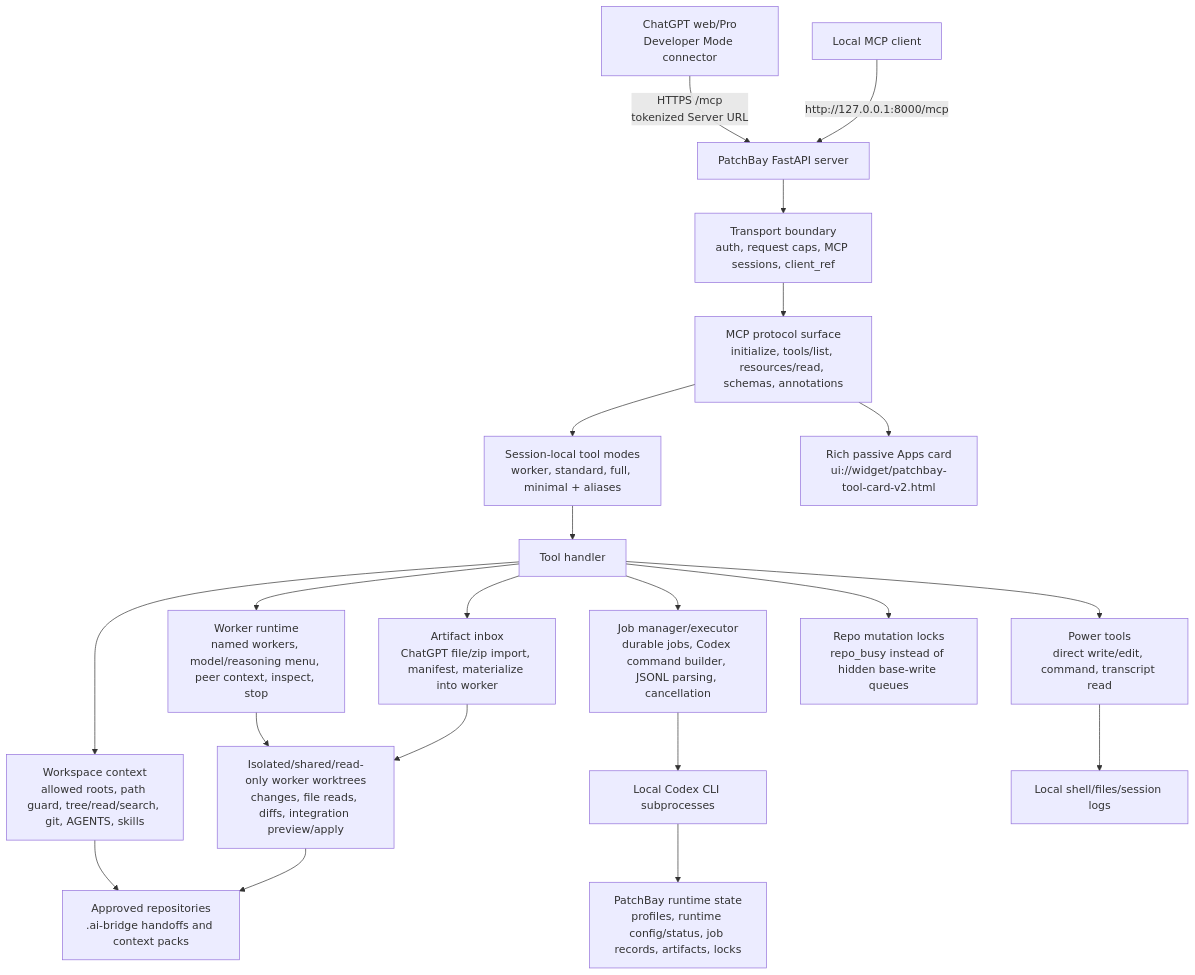
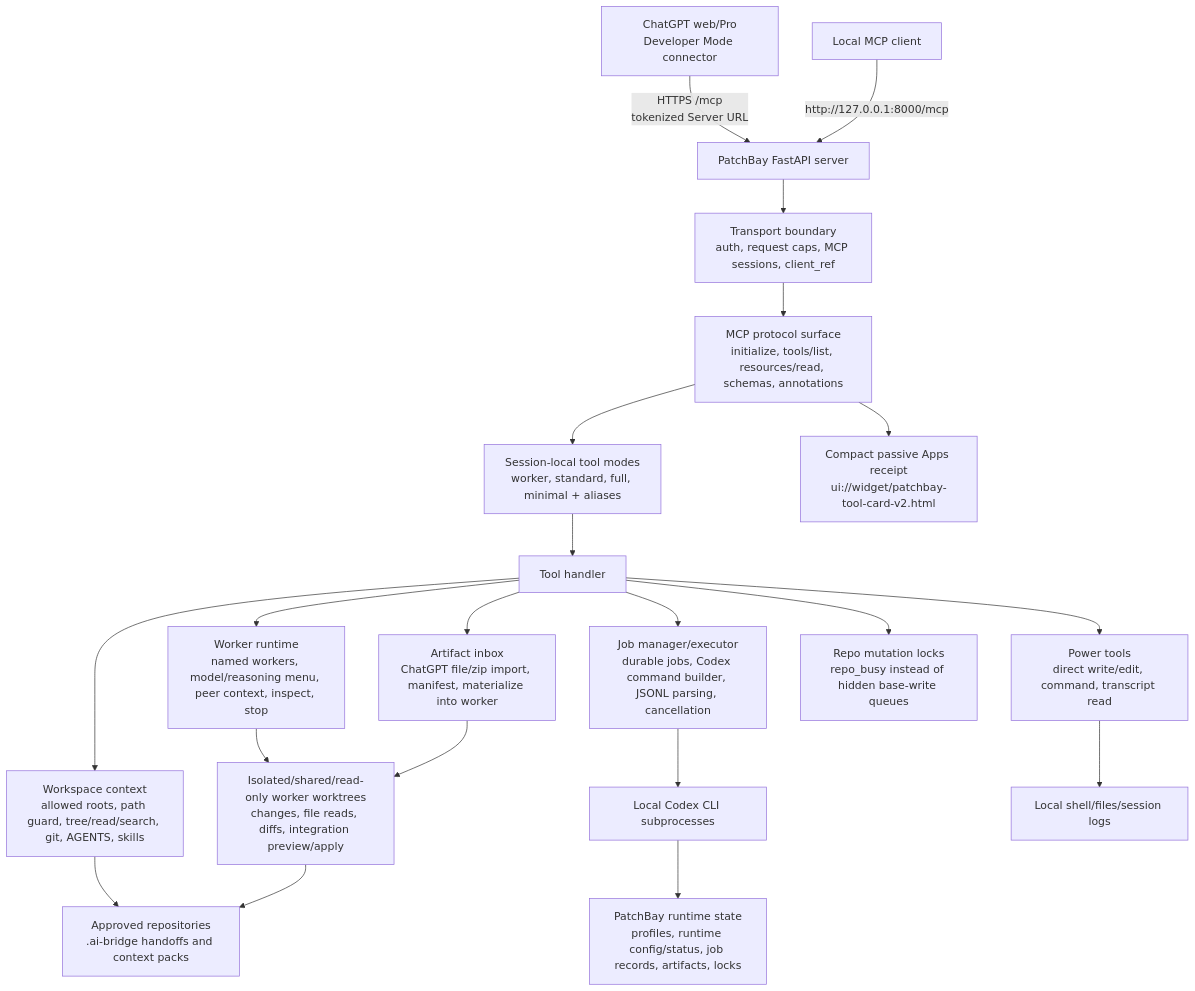
One commit to velhud/PatchBay changed the diagram in README.md. Above: the diagram before and after it, drawn with Mermaid. The commit also changed other lines of this file and 23 other files, not shown here.

````diff
--- a/README.md
+++ b/README.md
@@ -82,26 +82,26 @@
 ```mermaid
 flowchart TD
     A["ChatGPT web/Pro<br/>Developer Mode connector"] -->|"HTTPS /mcp<br/>tokenized Server URL"| B["PatchBay FastAPI server"]
     A2["Local MCP client"] -->|"http://127.0.0.1:8000/mcp"| B
 
     B --> C["Transport boundary<br/>auth, request caps, MCP sessions, client_ref"]
     C --> D["MCP protocol surface<br/>initialize, tools/list, resources/read, schemas, annotations"]
     D --> E["Session-local tool modes<br/>worker, standard, full, minimal + aliases"]
-    D --> R["Rich passive Apps card<br/>ui://widget/patchbay-tool-card-v2.html"]
+    D --> R["Compact passive Apps receipt<br/>ui://widget/patchbay-tool-card-v2.html"]
 
     E --> H["Tool handler"]
     H --> W["Workspace context<br/>allowed roots, path guard, tree/read/search, git, AGENTS, skills"]
     H --> N["Worker runtime<br/>named workers, model/reasoning menu, peer context, inspect, stop"]
     H --> I["Artifact inbox<br/>ChatGPT file/zip import, manifest, materialize into worker"]
     H --> J["Job manager/executor<br/>durable jobs, Codex command builder, JSONL parsing, cancellation"]
     H --> P["Power tools<br/>direct write/edit, command, transcript read"]
     H --> L["Repo mutation locks<br/>repo_busy instead of hidden base-write queues"]
 
     N --> WT["Isolated/shared/read-only worker worktrees<br/>changes, file reads, diffs, integration preview/apply"]
     I --> WT
     J --> X["Local Codex CLI subprocesses"]
     P --> Y["Local shell/files/session logs"]
     W --> Z["Approved repositories<br/>.ai-bridge handoffs and context packs"]
     WT --> Z
     X --> S["PatchBay runtime state<br/>profiles, runtime config/status, job records, artifacts, locks"]
 ```
````
